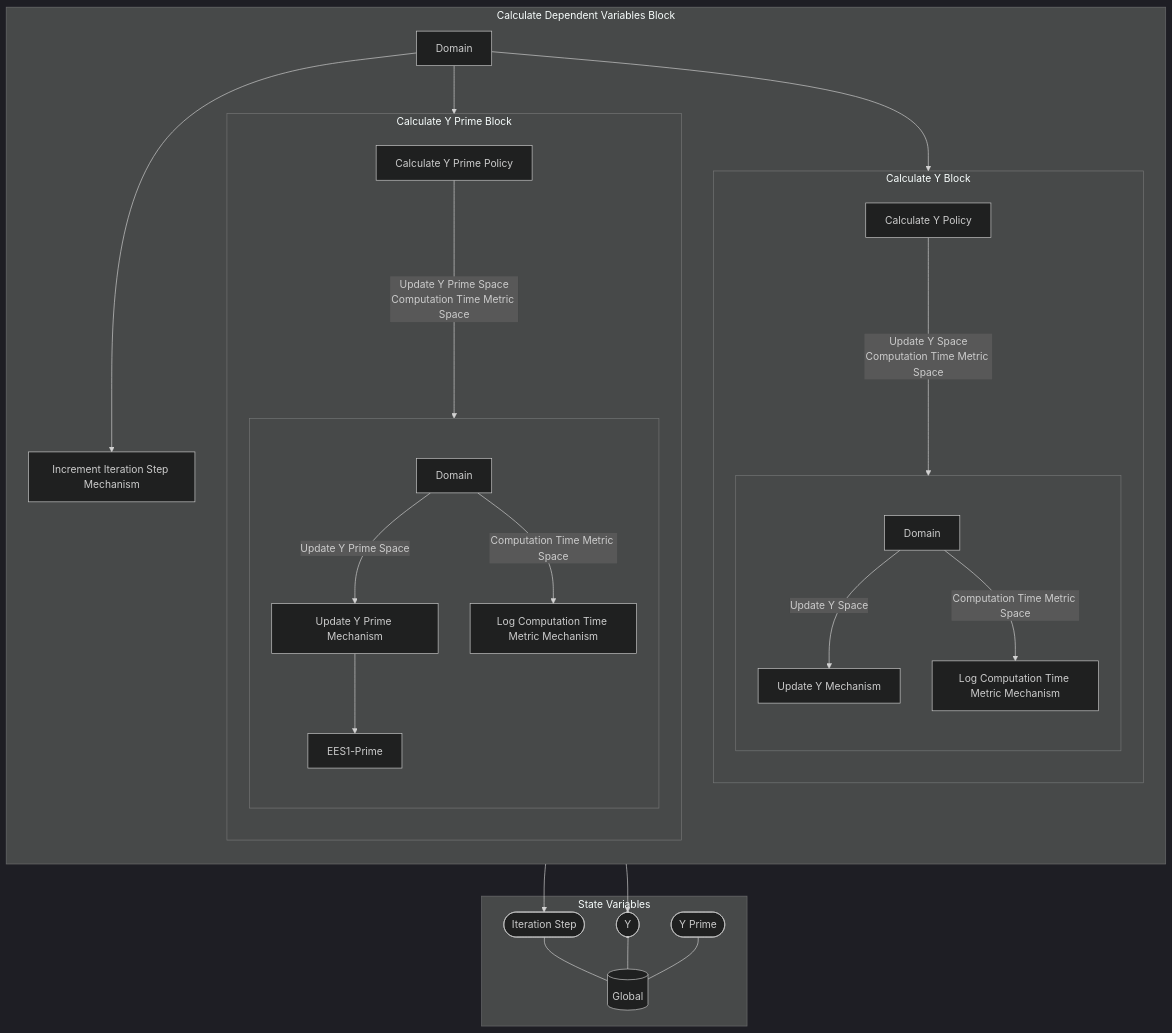
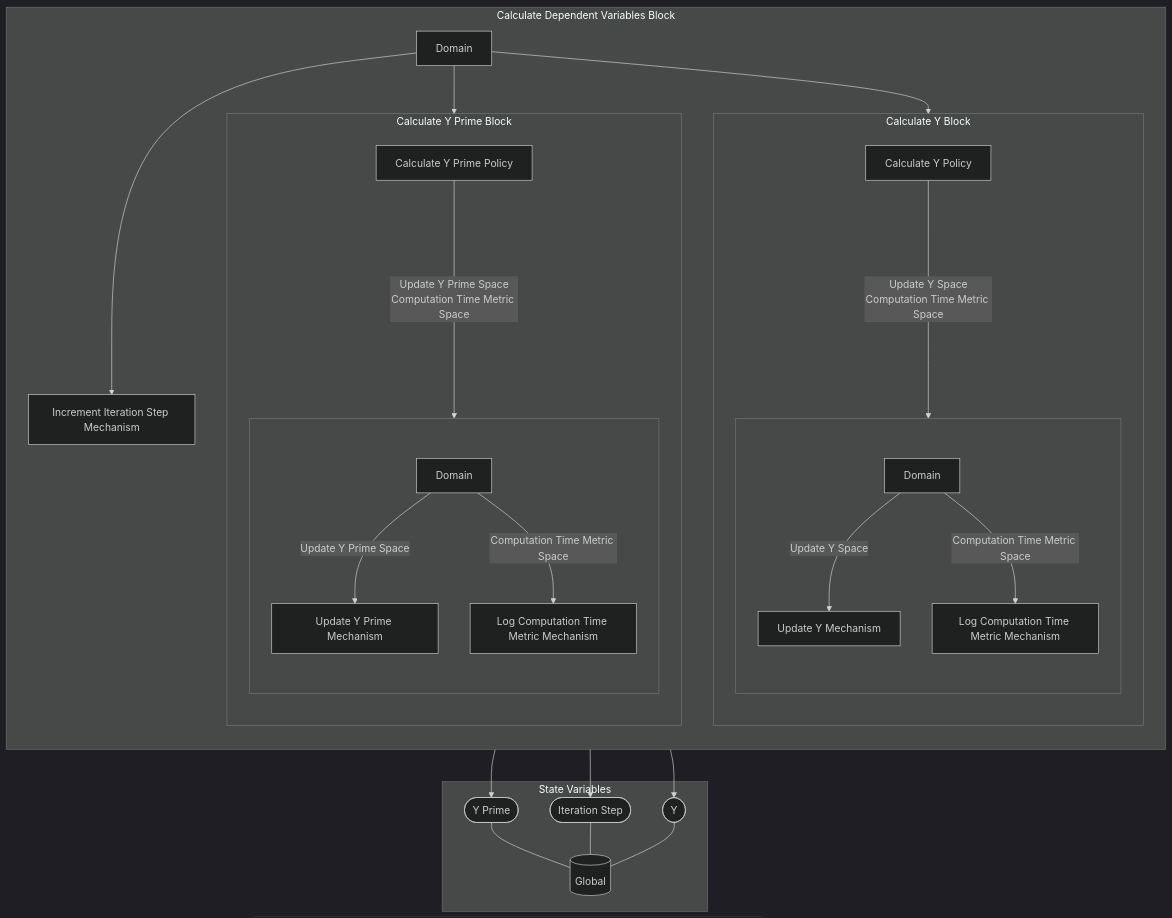
One commit to SeanMcOwen/Root-Finding-Simulation changed the diagram in MSML/reports/Markdown/Wiring/Calculate Dependent Variables Block.md. Above: the diagram before and after it, drawn with Mermaid (dark theme). The commit also changed other lines of this file and 21 other files, not shown here.

````diff
--- a/MSML/reports/Markdown/Wiring/Calculate Dependent Variables Block.md
+++ b/MSML/reports/Markdown/Wiring/Calculate Dependent Variables Block.md
@@ -3,62 +3,62 @@
 ```mermaid
 graph TB
 
 subgraph SVS["State Variables"]
 EE0[("Global")]
-EES0(["Iteration Step"])
+EES0(["Y Prime"])
 EES0 --- EE0
-EES1(["Y"])
+EES1(["Iteration Step"])
 EES1 --- EE0
-EES2(["Y Prime"])
+EES2(["Y"])
 EES2 --- EE0
 end
 
 subgraph X18["Calculate Dependent Variables Block"]
 direction TB
 subgraph X7["Calculate Y Block"]
 direction TB
 X1["Calculate Y Policy"]
 subgraph X6[" "]
 direction TB
 X2["Update Y Mechanism"]
-X2 --> EES1
+X2 --> EES2
 X3["Log Computation Time Metric Mechanism"]
 X4[Domain]
 
 direction LR
 direction TB
 X4 --"Update Y Space"--> X2
 X4 --"Computation Time Metric Space"--> X3
 end
 X1--"Update Y Space
 Computation Time Metric Space"---->X6
 end
 subgraph X14["Calculate Y Prime Block"]
 direction TB
 X8["Calculate Y Prime Policy"]
 subgraph X13[" "]
 direction TB
 X9["Update Y Prime Mechanism"]
-X9 --> EES1-Prime
+X9 --> EES0
 X10["Log Computation Time Metric Mechanism"]
 X11[Domain]
 
 direction LR
 direction TB
 X11 --"Update Y Prime Space"--> X9
 X11 --"Computation Time Metric Space"--> X10
 end
 X8--"Update Y Prime Space
 Computation Time Metric Space"---->X13
 end
 X15["Increment Iteration Step Mechanism"]
-X15 --> EES0
+X15 --> EES1
 X16[Domain]
 
 direction LR
 direction TB
 X16 --> X7
 X16 --> X14
 X16 --> X15
 end
 ```
````
